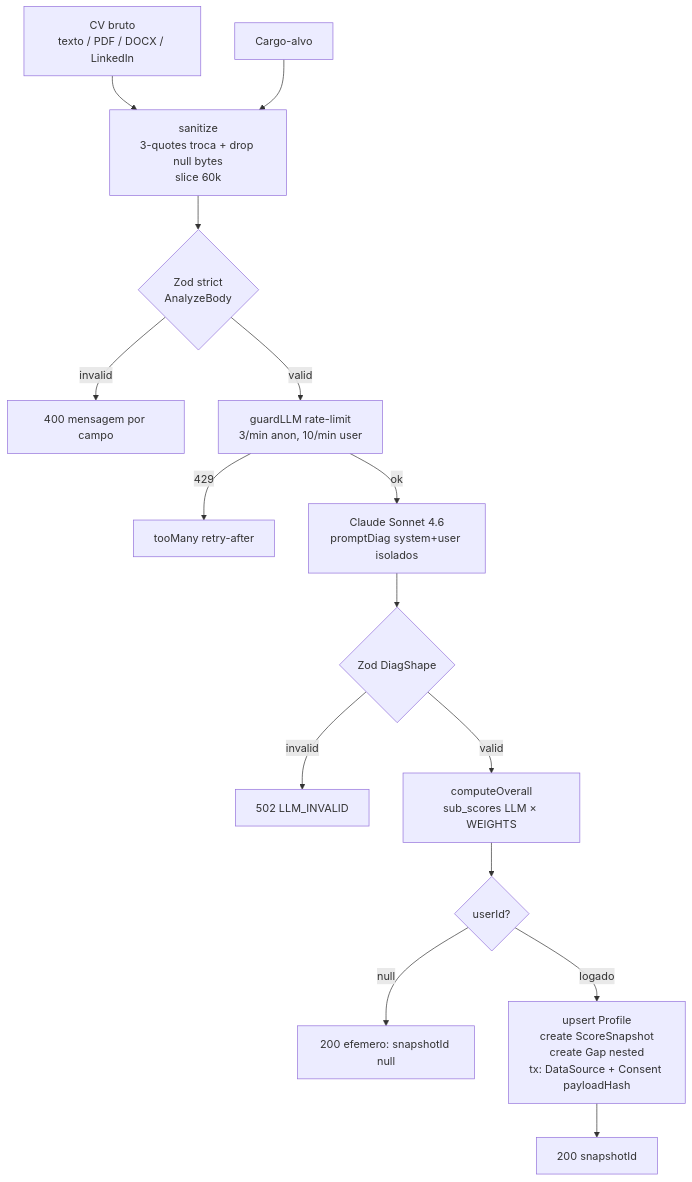
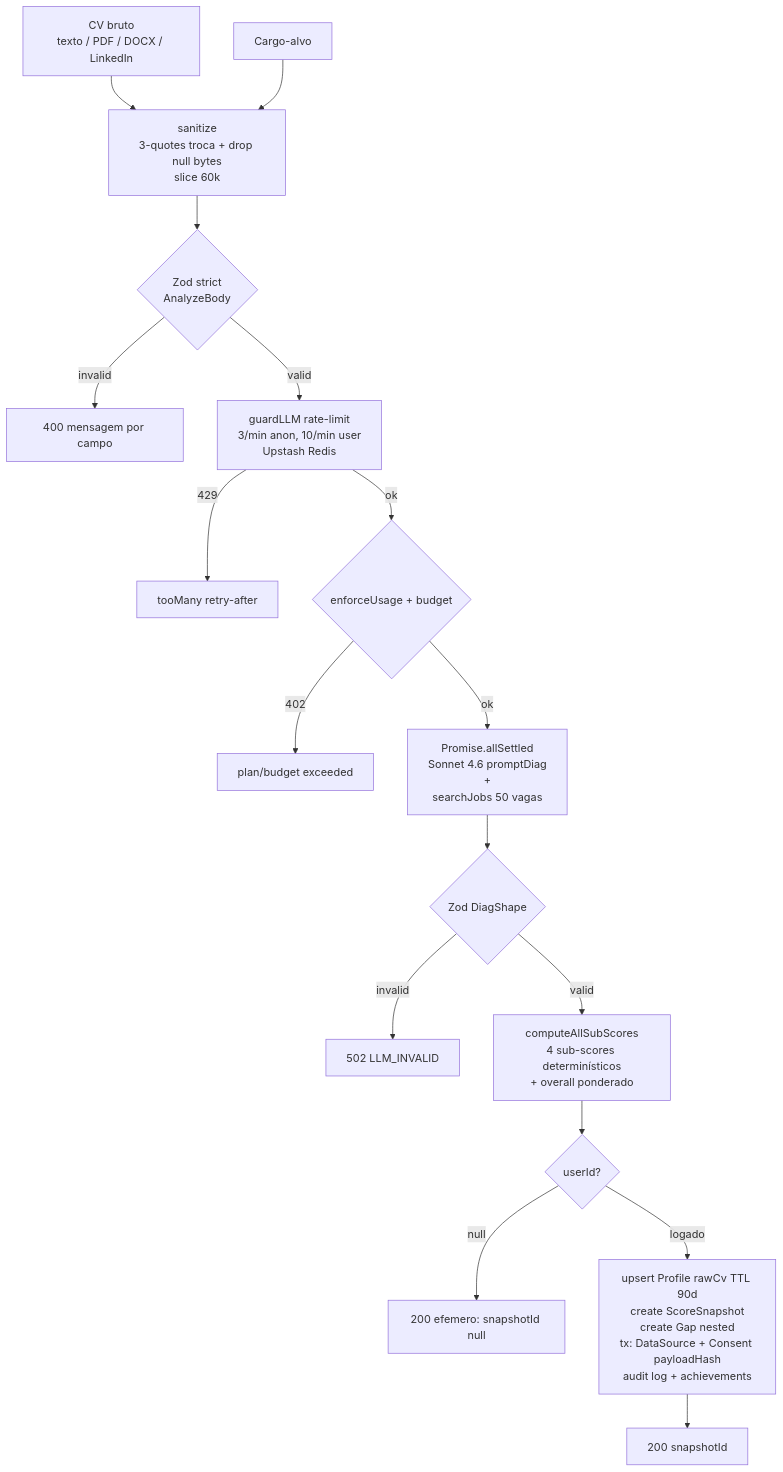
One commit to akamitatrush/CareerTwinAI changed the first of 3 diagrams in docs/ALGORITHMS.md. Above: the diagram before and after it, drawn with Mermaid. The commit also changed other lines of this file and 7 other files, not shown here.

````diff
--- a/docs/ALGORITHMS.md
+++ b/docs/ALGORITHMS.md
@@ -28,17 +37,19 @@
 ```mermaid
 flowchart TB
     CV[CV bruto<br/>texto / PDF / DOCX / LinkedIn] --> Sanitize[sanitize<br/>3-quotes troca + drop null bytes<br/>slice 60k]
     Role[Cargo-alvo] --> Sanitize
     Sanitize --> Zod{Zod strict<br/>AnalyzeBody}
     Zod -->|invalid| Err400[400 mensagem por campo]
-    Zod -->|valid| RL[guardLLM rate-limit<br/>3/min anon, 10/min user]
+    Zod -->|valid| RL[guardLLM rate-limit<br/>3/min anon, 10/min user<br/>Upstash Redis]
     RL -->|429| TooMany[tooMany retry-after]
-    RL -->|ok| LLM[Claude Sonnet 4.6<br/>promptDiag system+user isolados]
-    LLM --> Shape{Zod DiagShape}
+    RL -->|ok| Bill{enforceUsage + budget}
+    Bill -->|402| Limit[plan/budget exceeded]
+    Bill -->|ok| Par[Promise.allSettled<br/>Sonnet 4.6 promptDiag<br/>+<br/>searchJobs 50 vagas]
+    Par --> Shape{Zod DiagShape}
     Shape -->|invalid| Err502[502 LLM_INVALID]
-    Shape -->|valid| Calc[computeOverall<br/>sub_scores LLM × WEIGHTS]
+    Shape -->|valid| Calc[computeAllSubScores<br/>4 sub-scores determinísticos<br/>+ overall ponderado]
     Calc --> Anon{userId?}
     Anon -->|null| Ret1[200 efemero: snapshotId null]
-    Anon -->|logado| Persist[upsert Profile<br/>create ScoreSnapshot<br/>create Gap nested<br/>tx: DataSource + Consent payloadHash]
+    Anon -->|logado| Persist[upsert Profile rawCv TTL 90d<br/>create ScoreSnapshot<br/>create Gap nested<br/>tx: DataSource + Consent payloadHash<br/>audit log + achievements]
     Persist --> Ret2[200 snapshotId]
 ```
````
